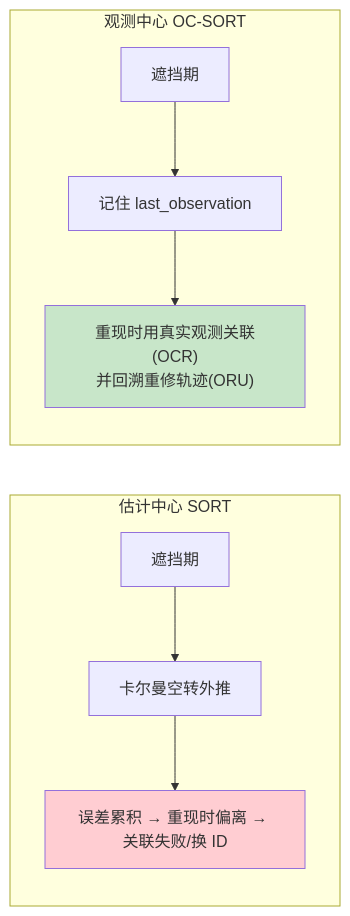
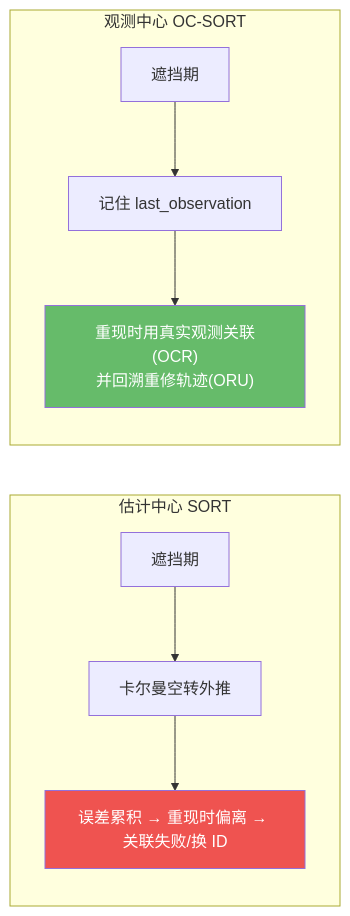
The first of 4 diagrams in docs/guides/tracking/ocsort.md (yyq19990828/onnxtools), drawn with Mermaid before and after one commit. The commit also changed other lines of this file and 12 other files, not shown here.

First line of the commit message:
fix(docs): 修复 mermaid 暗色模式配色 + 语法报错 + 数学公式渲染

````diff
--- a/docs/guides/tracking/ocsort.md
+++ b/docs/guides/tracking/ocsort.md
@@ -16,13 +16,13 @@
 ```mermaid
 graph LR
     subgraph 估计中心 SORT
         E1["遮挡期"] --> E2["卡尔曼空转外推"]
         E2 --> E3["误差累积 → 重现时偏离 → 关联失败/换 ID"]
     end
     subgraph 观测中心 OC-SORT
         O1["遮挡期"] --> O2["记住 last_observation"]
         O2 --> O3["重现时用真实观测关联(OCR)<br/>并回溯重修轨迹(ORU)"]
     end
-    style E3 fill:#ffcdd2
-    style O3 fill:#c8e6c9
+    style E3 fill:#ef5350,color:#fff
+    style O3 fill:#66bb6a,color:#fff
 ```
````
